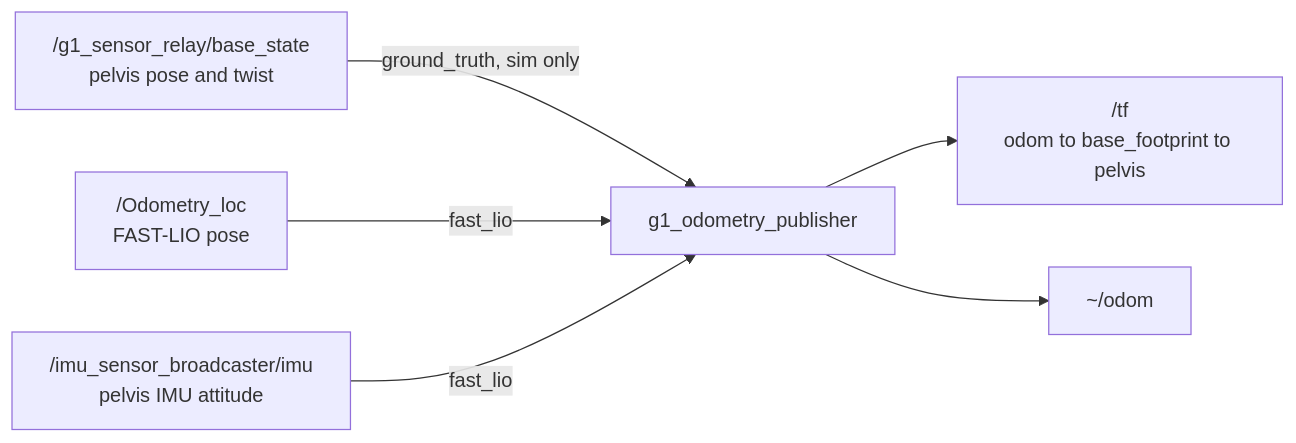
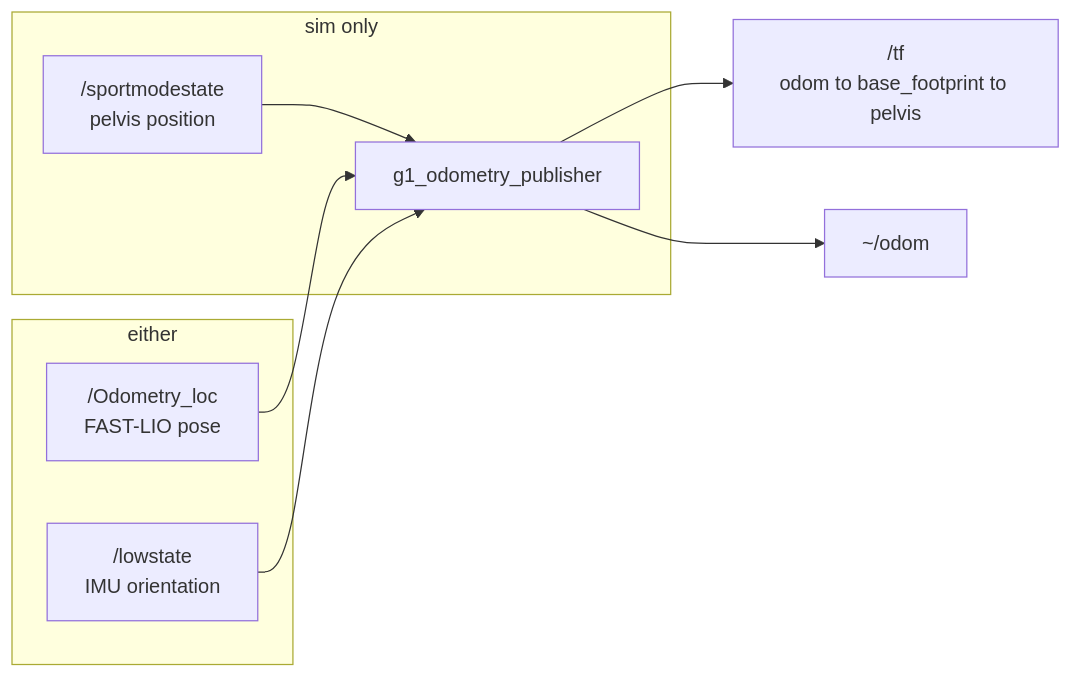
Before and after one commit to Mertsr/merts-g1-dex5: the diagram in workspace/src/g1_state_estimation/README.md, drawn with Mermaid. The commit also changed other lines of this file and 694 other files, not shown here.

````diff
--- a/workspace/src/g1_state_estimation/README.md
+++ b/workspace/src/g1_state_estimation/README.md
@@ -10,8 +8,12 @@
 ```mermaid
 flowchart LR
-    SM["/g1_sensor_relay/base_state<br/>pelvis pose and twist"] -- "ground_truth, sim only" --> N
-    LO["/Odometry_loc<br/>FAST-LIO pose"] -- fast_lio --> N
-    LS["/imu_sensor_broadcaster/imu<br/>pelvis IMU attitude"] -- fast_lio --> N
+    subgraph sim only
+        SM["/sportmodestate<br/>pelvis position"] --> N
+    end
+    subgraph either
+        LO["/Odometry_loc<br/>FAST-LIO pose"] --> N
+        LS["/lowstate<br/>IMU orientation"] --> N
+    end
     N["g1_odometry_publisher"] --> TF["/tf<br/>odom to base_footprint to pelvis"]
     N --> OD["~/odom"]
 ```
````
